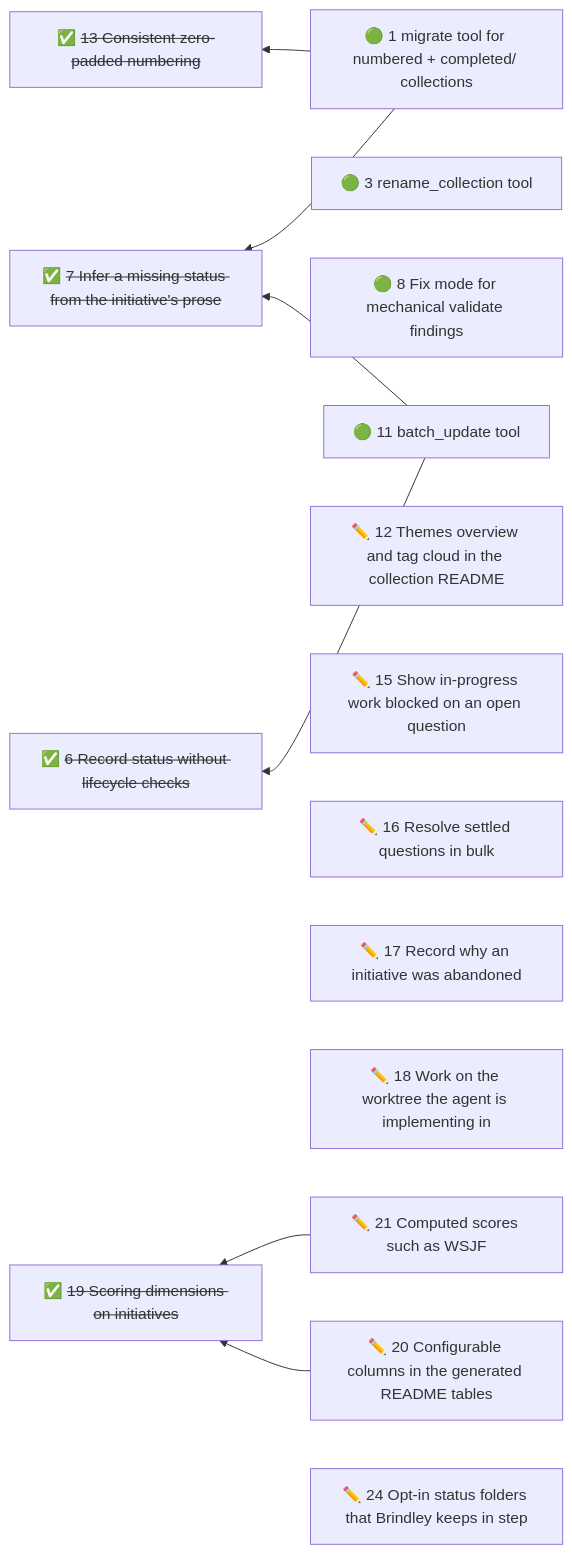
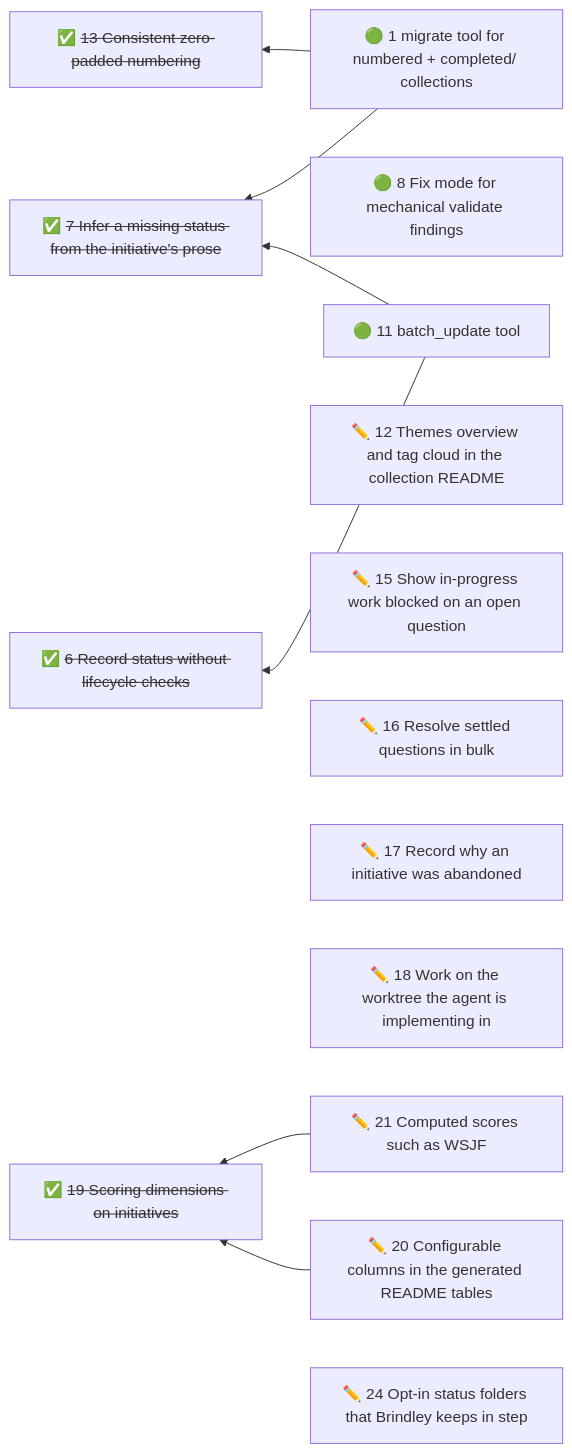
The diagram in initiatives/README.md (duckAsteroid/brindley), drawn with Mermaid before and after one commit. The commit also changed other lines of this file and 8 other files, not shown here.

First line of the commit message:
feat: rename_collection moves a collection and rewrites its links and references

````diff
--- a/initiatives/README.md
+++ b/initiatives/README.md
@@ -39,25 +38,24 @@
 ```mermaid
 flowchart RL
   n1["🟢 1 migrate tool for numbered + completed/ collections"]
-  n3["🟢 3 rename_collection tool"]
   n8["🟢 8 Fix mode for mechanical validate findings"]
   n11["🟢 11 batch_update tool"]
   n12["✏️ 12 Themes overview and tag cloud in the collection README"]
   n15["✏️ 15 Show in-progress work blocked on an open question"]
   n16["✏️ 16 Resolve settled questions in bulk"]
   n17["✏️ 17 Record why an initiative was abandoned"]
   n18["✏️ 18 Work on the worktree the agent is implementing in"]
   n20["✏️ 20 Configurable columns in the generated README tables"]
   n21["✏️ 21 Computed scores such as WSJF"]
   n24["✏️ 24 Opt-in status folders that Brindley keeps in step"]
   n7["✅ <s>7 Infer a missing status from the initiative's prose</s>"]
   n13["✅ <s>13 Consistent zero-padded numbering</s>"]
   n6["✅ <s>6 Record status without lifecycle checks</s>"]
   n19["✅ <s>19 Scoring dimensions on initiatives</s>"]
   n1 --> n7
   n1 --> n13
   n11 --> n6
   n11 --> n7
   n20 --> n19
   n21 --> n19
 ```
````
